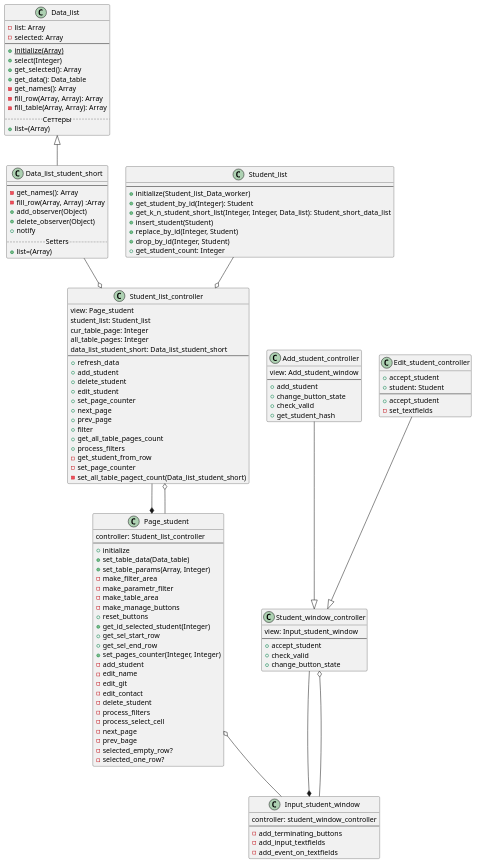
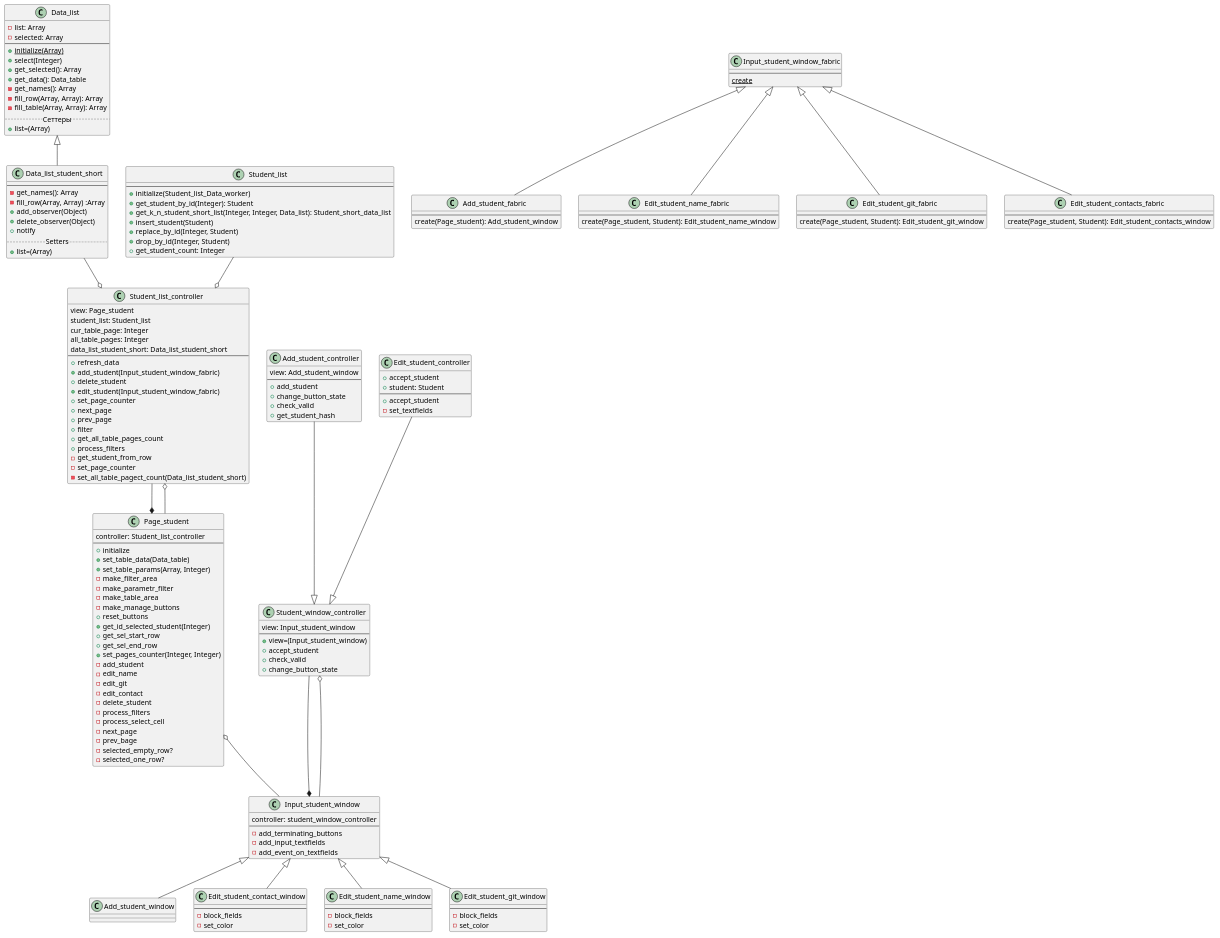
One commit to VitalijGolovij/PatternProgLabs changed the diagram in Lab2/Student/diagrams/mvc_classes_diagram.puml. Above: the diagram before and after it, drawn with PlantUML. The commit also changed 22 other files, not shown here.

```diff
--- a/Lab2/Student/diagrams/mvc_classes_diagram.puml
+++ b/Lab2/Student/diagrams/mvc_classes_diagram.puml
@@ -77,9 +77,9 @@
 data_list_student_short: Data_list_student_short
 --
 +refresh_data
-+add_student
++add_student(Input_student_window_fabric)
 +delete_student
-+edit_student
++edit_student(Input_student_window_fabric)
 +set_page_counter
 +next_page
 +prev_page
@@ -127,10 +127,68 @@
 {
 view: Input_student_window
 --
++view=(Input_student_window)
 +accept_student
 +check_valid
 +change_button_state
 }
+
+class Add_student_window
+{
+
+}
+
+class Edit_student_contact_window
+{
+--
+-block_fields
+-set_color
+}
+
+class Edit_student_name_window
+{
+--
+-block_fields
+-set_color
+}
+
+class Edit_student_git_window
+{
+--
+-block_fields
+-set_color
+}
+
+class Input_student_window_fabric
+{
+--
+{static} create
+}
+
+class Add_student_fabric
+{
+--
+create(Page_student): Add_student_window
+}
+
+class Edit_student_name_fabric
+{
+--
+create(Page_student, Student): Edit_student_name_window
+}
+
+class Edit_student_git_fabric
+{
+--
+create(Page_student, Student): Edit_student_git_window
+}
+
+class Edit_student_contacts_fabric
+{
+--
+create(Page_student, Student): Edit_student_contacts_window
+}
+
 
 Add_student_controller --|> Student_window_controller
 Edit_student_controller --|> Student_window_controller
@@ -143,4 +201,14 @@
 Student_window_controller --* Input_student_window
 Student_window_controller o-- Input_student_window
 
+Input_student_window_fabric <|-- Add_student_fabric
+Input_student_window_fabric <|-- Edit_student_name_fabric
+Input_student_window_fabric <|-- Edit_student_git_fabric
+Input_student_window_fabric <|-- Edit_student_contacts_fabric
+
+Input_student_window <|-- Add_student_window
+Input_student_window <|-- Edit_student_name_window
+Input_student_window <|-- Edit_student_git_window
+Input_student_window <|-- Edit_student_contact_window
+
 @enduml
```
